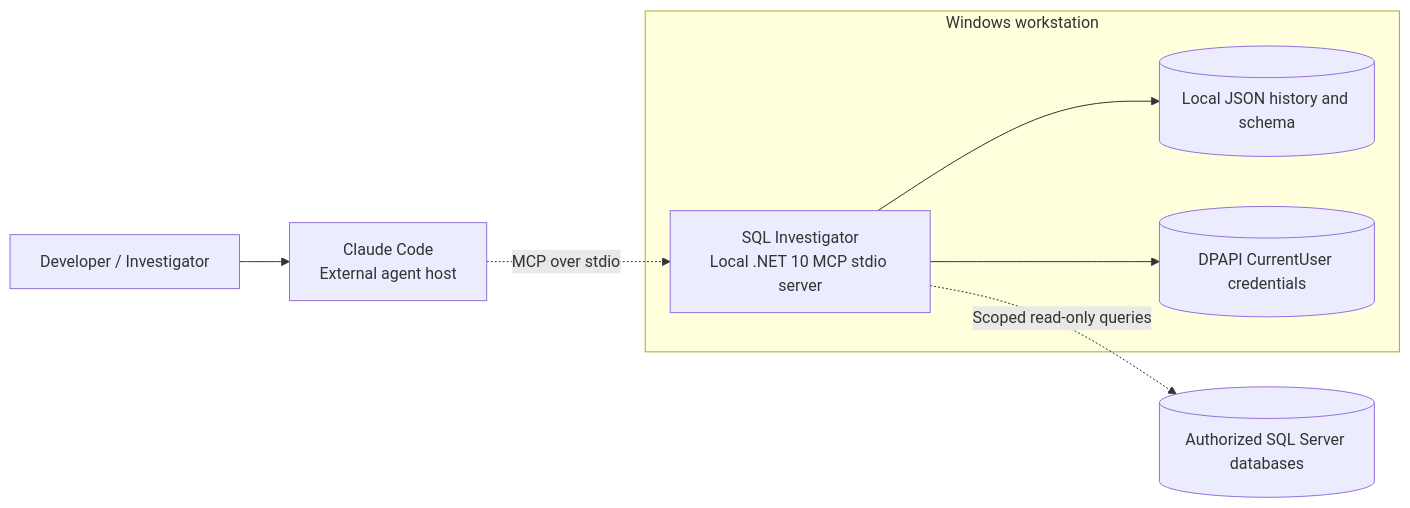
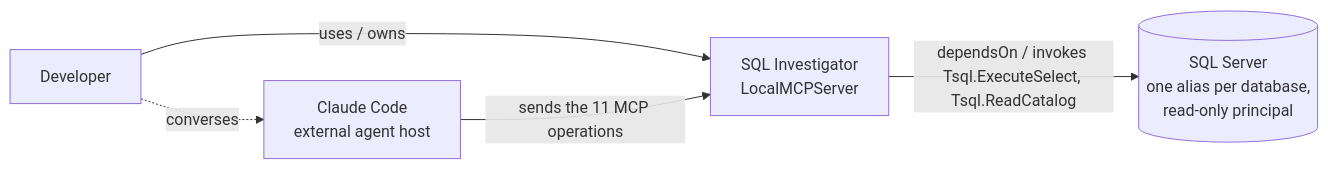
The diagram in continuum/diagrams/01-system-context.md (avlon-technologies/sql-investigator), drawn with Mermaid before and after one commit. The commit also changed other lines of this file and 38 other files, not shown here.

First line of the commit message:
feat: complete and verify the SQL Investigator development package

````diff
--- a/continuum/diagrams/01-system-context.md
+++ b/continuum/diagrams/01-system-context.md
@@ -3,16 +3,11 @@
 ```mermaid
 flowchart LR
-  developer[Developer / Investigator]
-  claude[Claude Code\nExternal agent host]
-  subgraph workstation[Windows workstation]
-    mcp[SQL Investigator\nLocal .NET 10 MCP stdio server]
-    store[(Local JSON history and schema)]
-    vault[(DPAPI CurrentUser credentials)]
-  end
-  sql[(Authorized SQL Server databases)]
-  developer --> claude
-  claude -. "MCP over stdio" .-> mcp
-  mcp --> store
-  mcp --> vault
-  mcp -. "Scoped read-only queries" .-> sql
+  developer[Developer]
+  claude[Claude Code\nexternal agent host]
+  sqli[SQL Investigator\nLocalMCPServer]
+  sql[(SQL Server\none alias per database,\nread-only principal)]
+  developer -- "uses / owns" --> sqli
+  developer -. "converses" .-> claude
+  claude -- "sends the 11 MCP operations" --> sqli
+  sqli -- "dependsOn / invokes Tsql.ExecuteSelect, Tsql.ReadCatalog" --> sql
 ```
````
